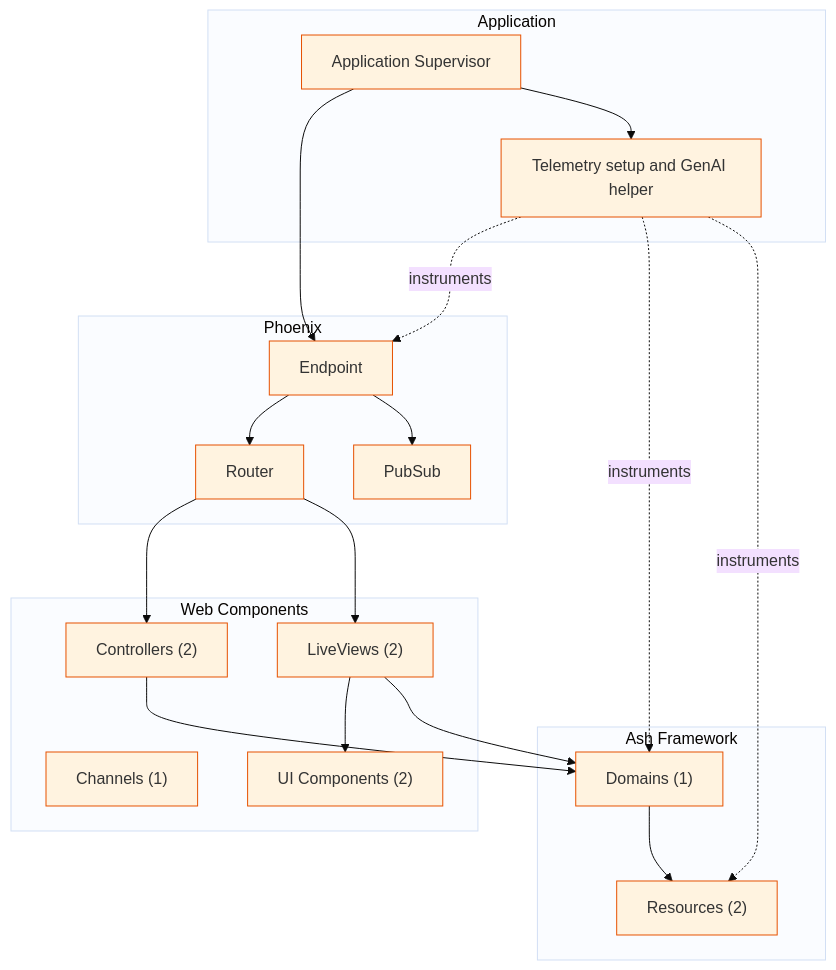
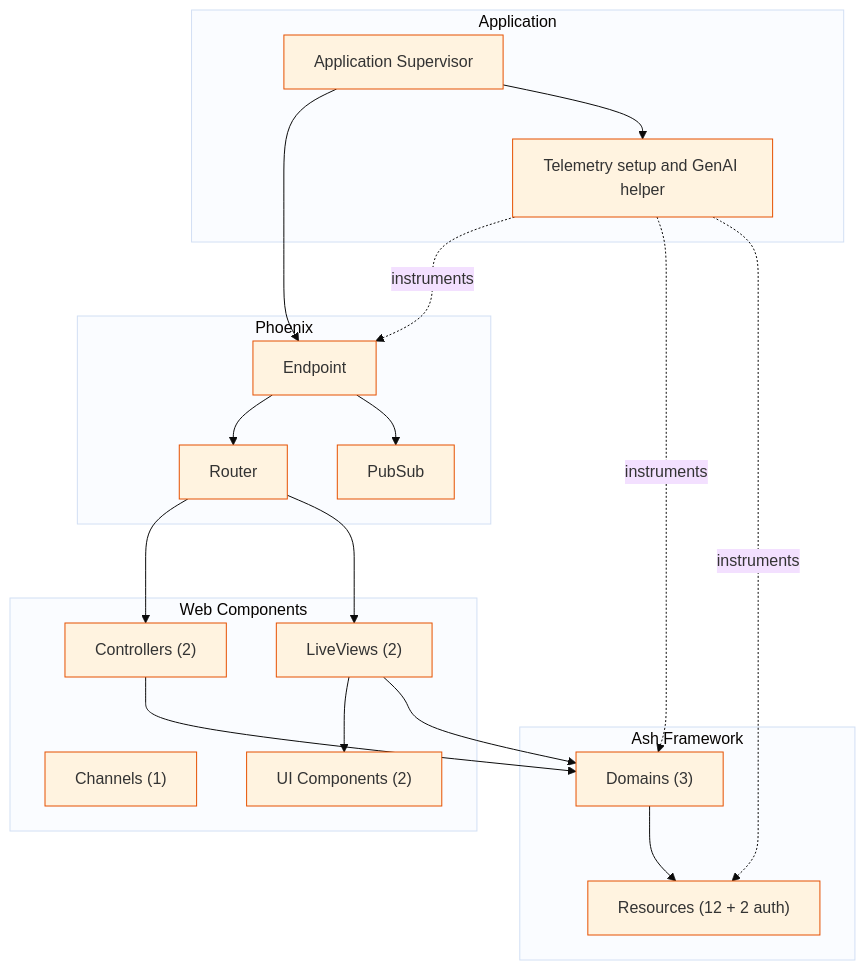
The diagram in docs/architecture/components.mmd (chops/sdr_agent), drawn with Mermaid before and after one commit. The commit also changed 6 other files, not shown here.

Commit message:
S3: update architecture diagrams and record implementation notes

```diff
--- a/docs/architecture/components.mmd
+++ b/docs/architecture/components.mmd
@@ -1,38 +1,38 @@
 %%{init: {'theme': 'base', 'themeVariables': { 'primaryColor': '#fff3e0', 'primaryBorderColor': '#e65100'}}}%%
 graph TB
     subgraph Application["Application"]
         App[Application Supervisor]
         Telemetry[Telemetry setup and GenAI helper]
     end
 
     subgraph Phoenix["Phoenix"]
         Endpoint[Endpoint]
         Router[Router]
         PubSub[PubSub]
     end
 
     subgraph Web["Web Components"]
         Controllers["Controllers (2)"]
         LiveViews["LiveViews (2)"]
         Channels["Channels (1)"]
         UIComponents["UI Components (2)"]
     end
 
     subgraph Ash["Ash Framework"]
-        Domains["Domains (1)"]
-        Resources["Resources (2)"]
+        Domains["Domains (3)"]
+        Resources["Resources (12 + 2 auth)"]
     end
 
     App --> Endpoint
     App --> Telemetry
     Endpoint --> Router
     Endpoint --> PubSub
     Router --> Controllers
     Router --> LiveViews
     LiveViews --> UIComponents
     Controllers --> Domains
     LiveViews --> Domains
     Domains --> Resources
     Telemetry -. instruments .-> Endpoint
     Telemetry -. instruments .-> Domains
     Telemetry -. instruments .-> Resources
```
